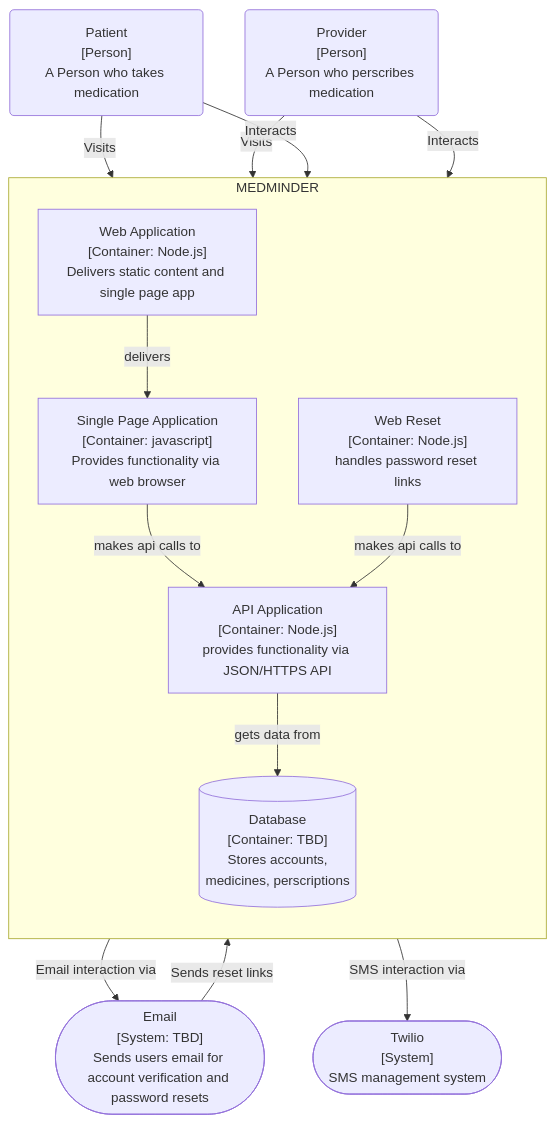
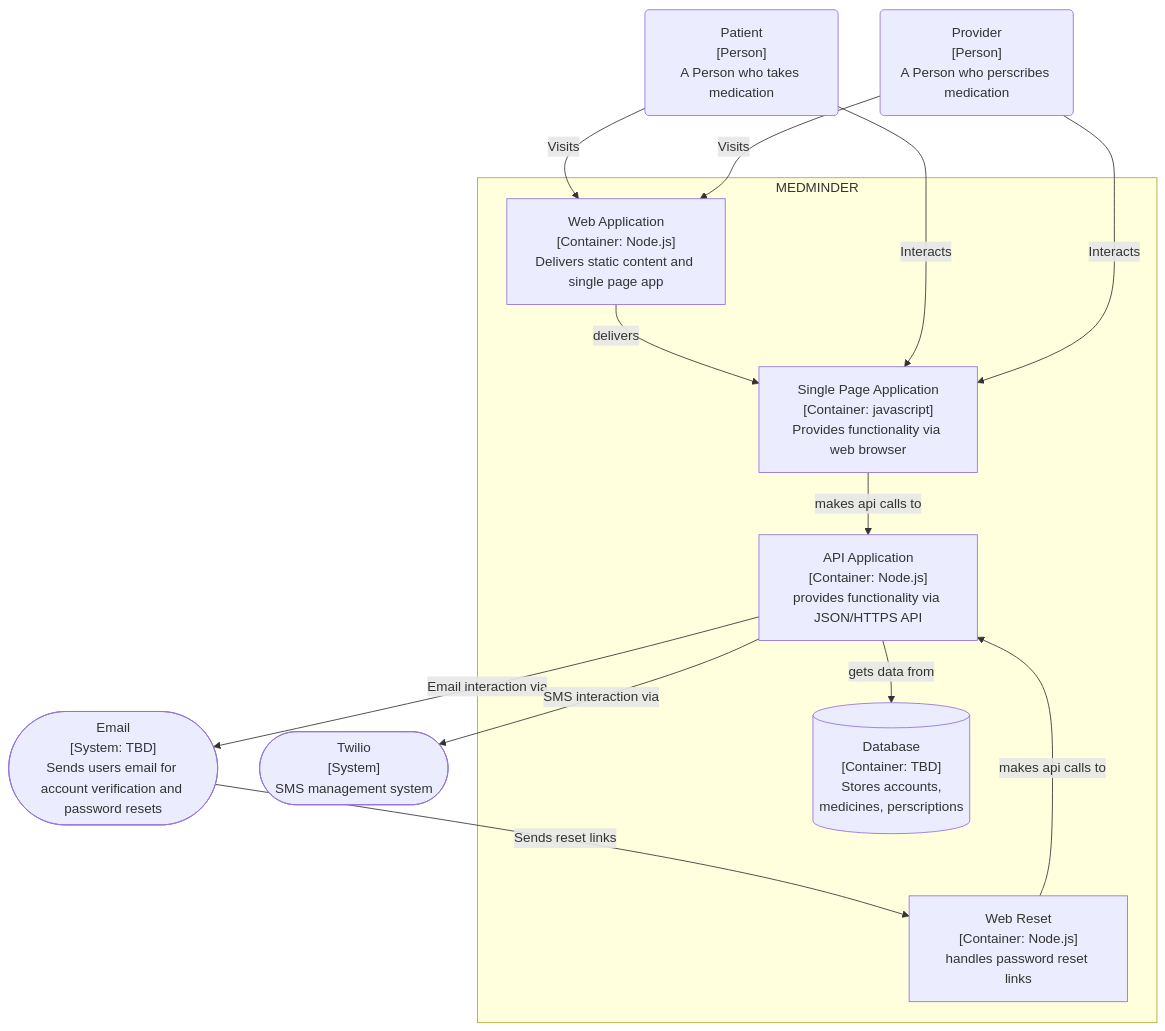
One commit to nop0x0f/COSC412_team1 changed the second of 7 diagrams in design/C4diagrams.md. Above: the diagram before and after it, drawn with Mermaid. The commit also changed other lines of this file, not shown here.

Commit message:
moved db render out of api application

````diff
--- a/design/C4diagrams.md
+++ b/design/C4diagrams.md
@@ -29,26 +29,25 @@
 ```mermaid
 flowchart TB
 Patient("Patient<br/>[Person]<br/>A Person who takes medication")
 Provider("Provider<br/>[Person]<br/>A Person who perscribes medication")
 Twilio(["Twilio<br/>[System]<br/>SMS management system"])
 Email(["Email<br/>[System: TBD]<br/>Sends users email for account verification and password resets"])
- subgraph MEDMINDER
- 	direction TB
-	reset["Web Reset<br/>[Container: Node.js]<br/>handles password reset links"]
- 	web["Web Application<br/>[Container: Node.js]<br/>Delivers static content and single page app"]
- 	single["Single Page Application<br/>[Container: javascript]<br/>Provides functionality via web browser"]
-	api["API Application<br/>[Container: Node.js]<br/>provides functionality via JSON/HTTPS API"]
-	db[("Database<br/>[Container: TBD]<br/>Stores accounts,<br/>medicines, perscriptions")]
-	web --> |"delivers"| single
-	single --> |"makes api calls to"| api
-	reset --> |"makes api calls to"| api
-	api --> |"gets data from"| db
- end
+  subgraph MEDMINDER
+    reset["Web Reset<br/>[Container: Node.js]<br/>handles password reset links"]
+    web["Web Application<br/>[Container: Node.js]<br/>Delivers static content and single page app"]
+    single["Single Page Application<br/>[Container: javascript]<br/>Provides functionality via web browser"]
+    api["API Application<br/>[Container: Node.js]<br/>provides functionality via JSON/HTTPS API"]
+    db[("Database<br/>[Container: TBD]<br/>Stores accounts,<br/>medicines, perscriptions")]
+    web --> |"delivers"| single
+    single --> |"makes api calls to"| api
+    reset --> |"makes api calls to"| api
+    api --> |"gets data from"| db
+  end
 Email --> |"Sends reset links"| reset
 api --> |"Email interaction via"| Email
 api --> |"SMS interaction via"| Twilio
 Patient --> |"Visits"| web
 Provider --> |"Visits"| web
 Patient --> |"Interacts"| single
 Provider --> |"Interacts"| single
 ```
````
